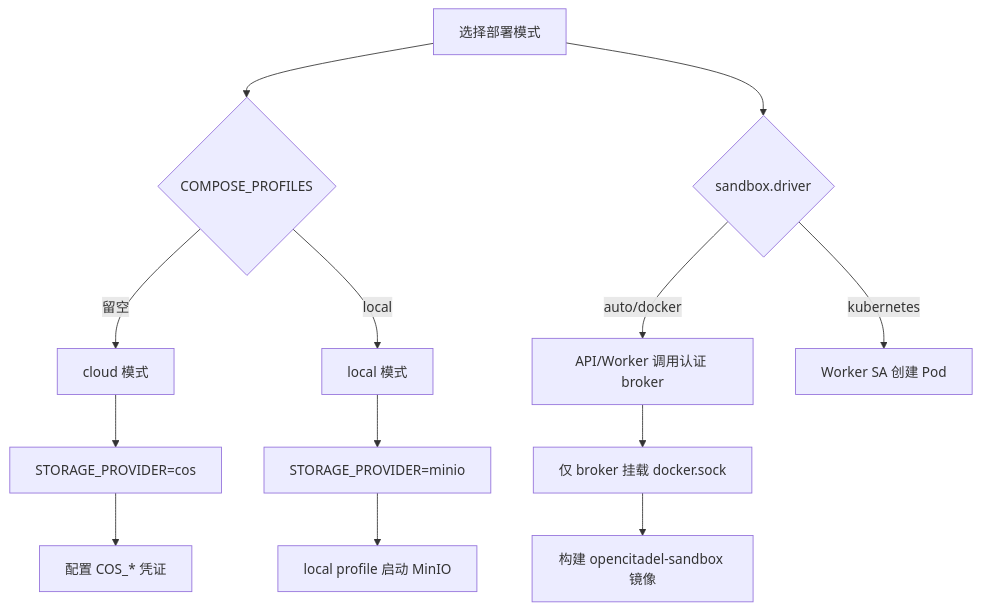
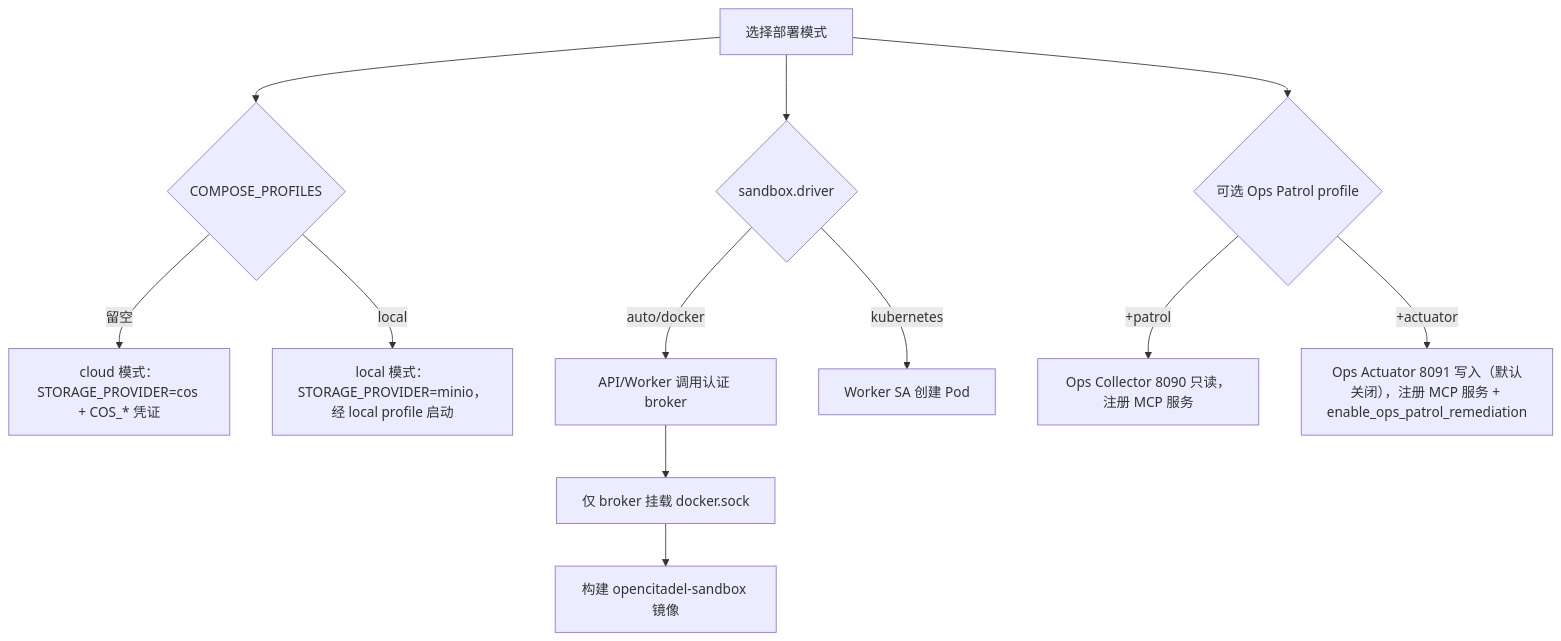
Before and after one commit to OceaLong/opencitadel: the diagram in docs/operations/deployment.zh-CN.md, drawn with Mermaid. The commit also changed other lines of this file and 375 other files, not shown here.

First line of the commit message:
feat(ops-patrol): add remediation support for Ops Patrol

````diff
--- a/docs/operations/deployment.zh-CN.md
+++ b/docs/operations/deployment.zh-CN.md
@@ -140,15 +140,14 @@
 ```mermaid
 flowchart TD
   Start["选择部署模式"] --> Profile{"COMPOSE_PROFILES"}
-  Profile -->|"留空"| Cloud["cloud 模式"]
-  Profile -->|"local"| Local["local 模式"]
-  Cloud --> Cos["STORAGE_PROVIDER=cos"]
-  Local --> Minio["STORAGE_PROVIDER=minio"]
-  Cos --> CosCreds["配置 COS_* 凭证"]
-  Minio --> MinioUp["local profile 启动 MinIO"]
+  Profile -->|"留空"| Cloud["cloud 模式：STORAGE_PROVIDER=cos + COS_* 凭证"]
+  Profile -->|"local"| Local["local 模式：STORAGE_PROVIDER=minio，经 local profile 启动"]
   Start --> SandboxDriver{"sandbox.driver"}
   SandboxDriver -->|"auto/docker"| Broker["API/Worker 调用认证 broker"]
   SandboxDriver -->|"kubernetes"| K8sRBAC["Worker SA 创建 Pod"]
   Broker --> DockerSock["仅 broker 挂载 docker.sock"]
   DockerSock --> BuildImg["构建 opencitadel-sandbox 镜像"]
+  Start --> OpsPatrol{"可选 Ops Patrol profile"}
+  OpsPatrol -->|"+patrol"| Collector["Ops Collector 8090 只读，注册 MCP 服务"]
+  OpsPatrol -->|"+actuator"| Actuator["Ops Actuator 8091 写入（默认关闭），注册 MCP 服务 + enable_ops_patrol_remediation"]
 ```
````
